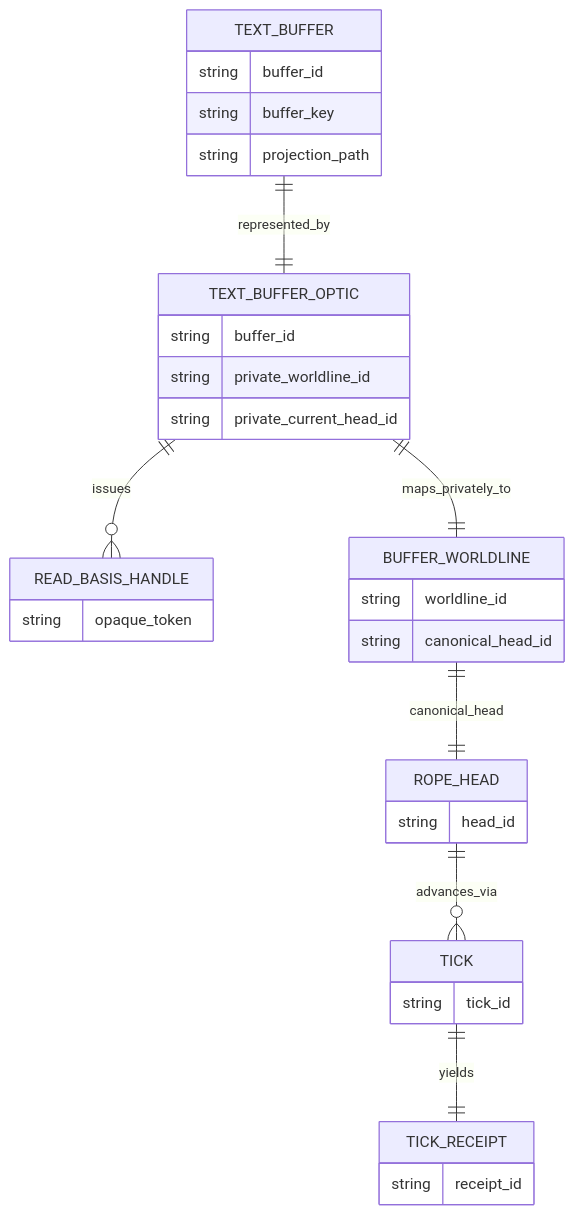
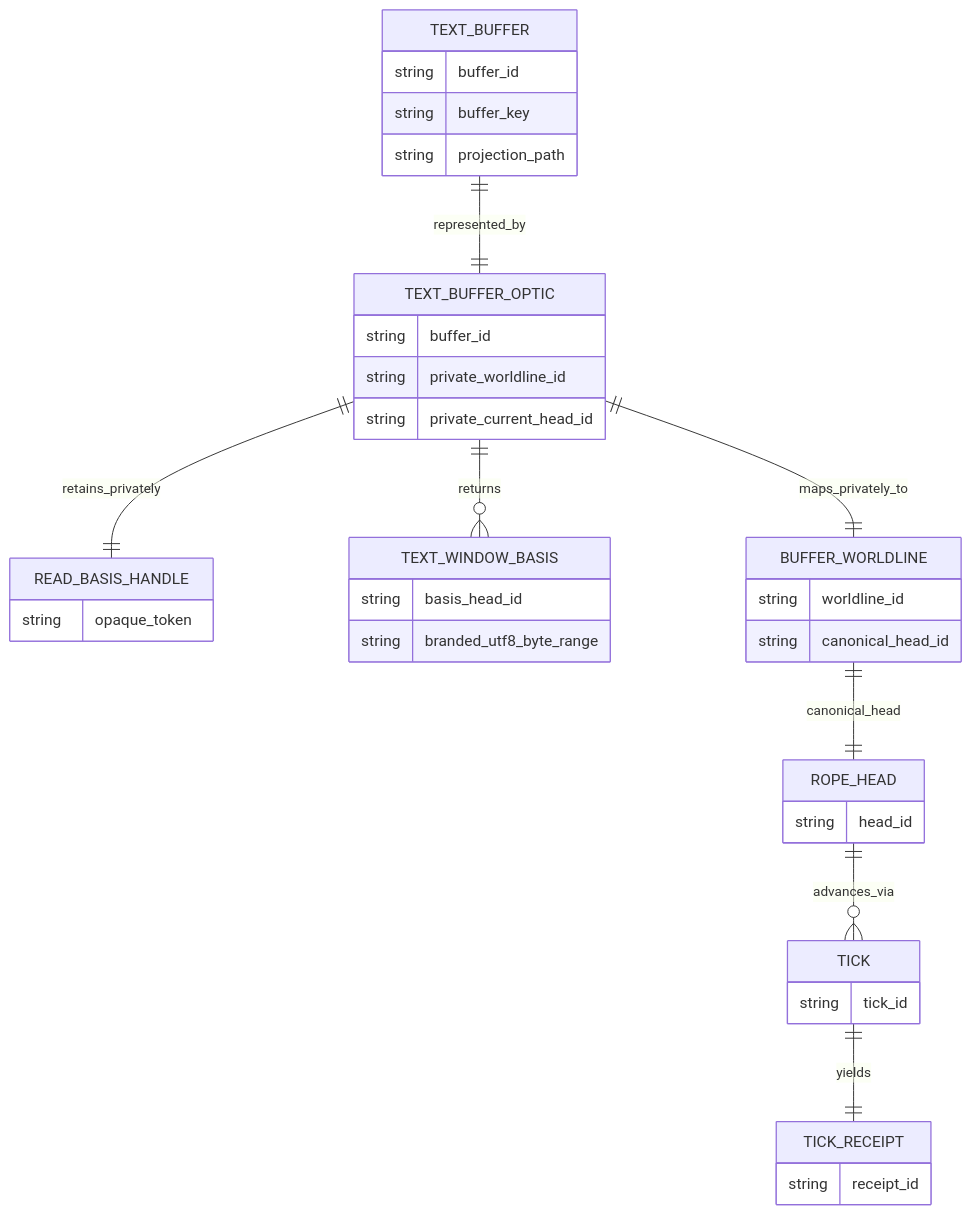
The third of 4 diagrams in docs/data-model.md (flyingrobots/jedit), drawn with Mermaid before and after one commit. The commit also changed other lines of this file and 52 other files, not shown here.

Commit message:
Require basis-pinned text window reads

````diff
--- a/docs/data-model.md
+++ b/docs/data-model.md
@@ -436,42 +482,48 @@
 ```mermaid
 erDiagram
   TEXT_BUFFER ||--|| TEXT_BUFFER_OPTIC : represented_by
-  TEXT_BUFFER_OPTIC ||--o{ READ_BASIS_HANDLE : issues
+  TEXT_BUFFER_OPTIC ||--|| READ_BASIS_HANDLE : retains_privately
+  TEXT_BUFFER_OPTIC ||--o{ TEXT_WINDOW_BASIS : returns
   TEXT_BUFFER_OPTIC ||--|| BUFFER_WORLDLINE : maps_privately_to
   BUFFER_WORLDLINE ||--|| ROPE_HEAD : canonical_head
   ROPE_HEAD ||--o{ TICK : advances_via
   TICK ||--|| TICK_RECEIPT : yields
 
   TEXT_BUFFER {
     string buffer_id
     string buffer_key
     string projection_path
   }
 
   TEXT_BUFFER_OPTIC {
     string buffer_id
     string private_worldline_id
     string private_current_head_id
   }
 
   READ_BASIS_HANDLE {
     string opaque_token
   }
 
+  TEXT_WINDOW_BASIS {
+    string basis_head_id
+    string branded_utf8_byte_range
+  }
+
   BUFFER_WORLDLINE {
     string worldline_id
     string canonical_head_id
   }
 
   ROPE_HEAD {
     string head_id
   }
 
   TICK {
     string tick_id
   }
 
   TICK_RECEIPT {
     string receipt_id
   }
 ```
````
